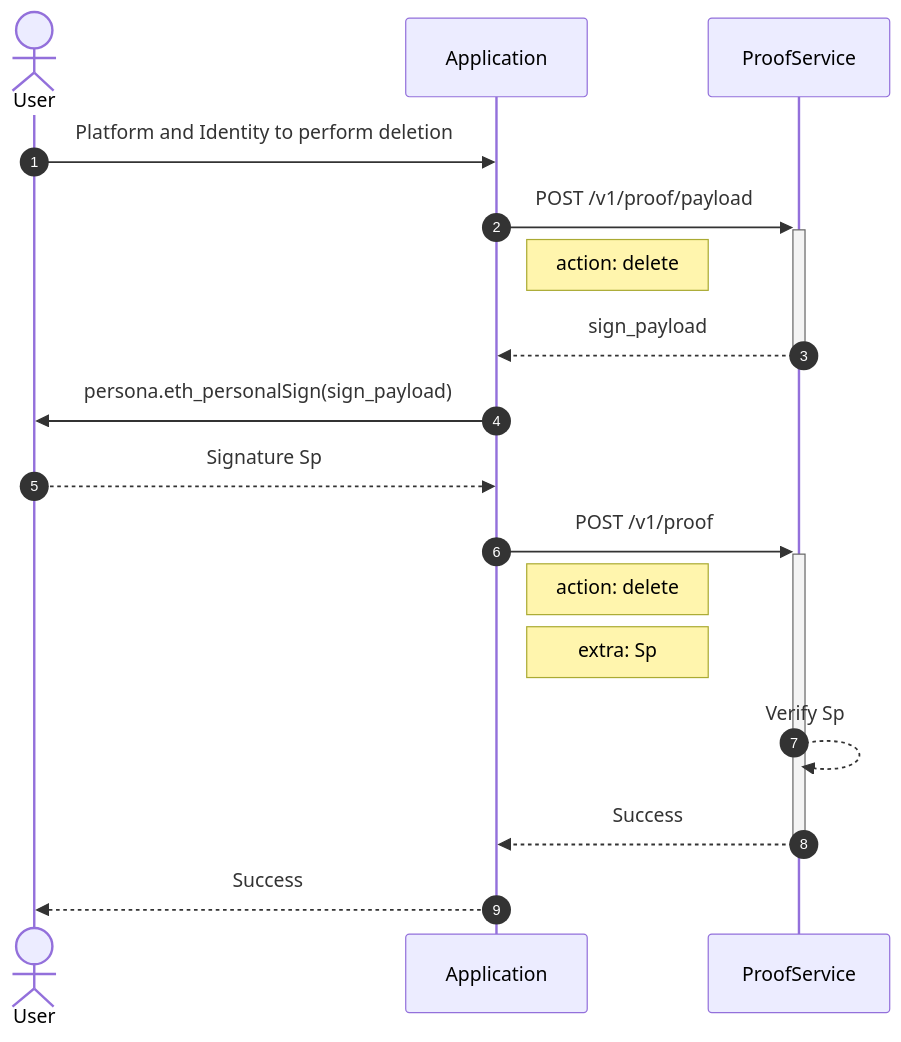
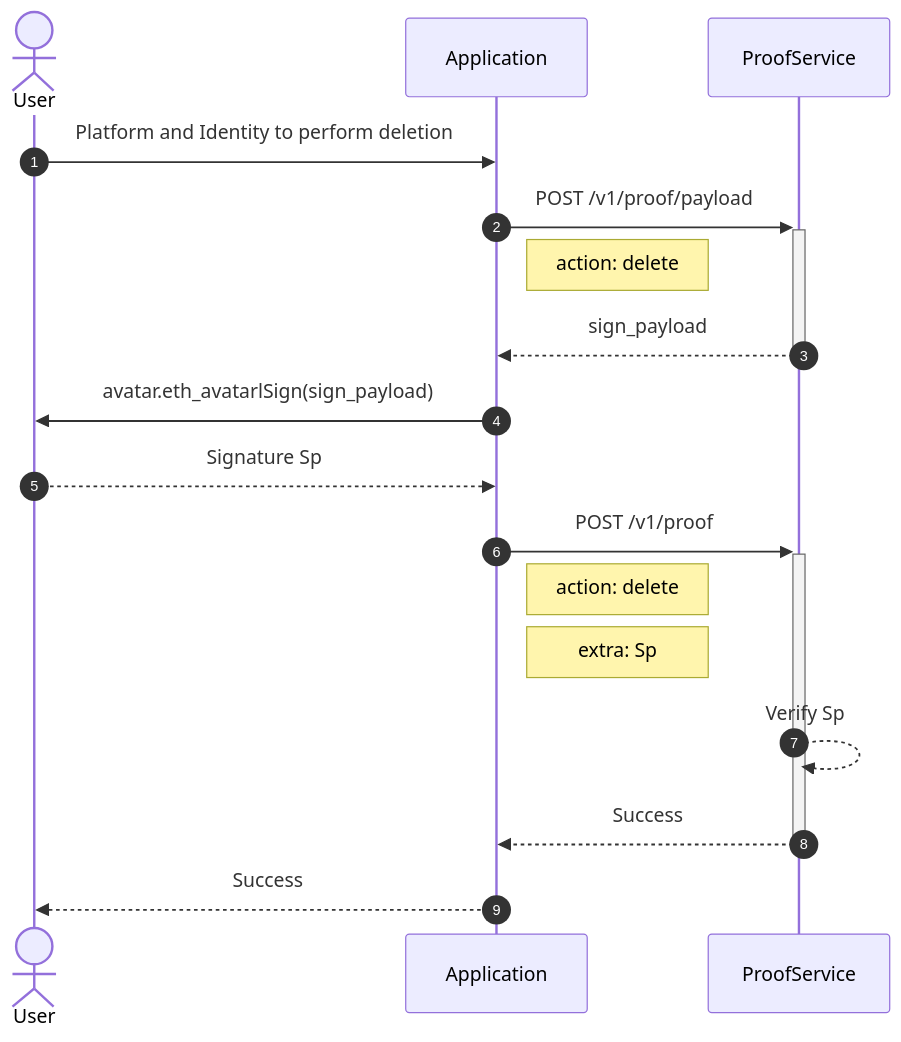
One commit to NextDotID/docs changed the third of 3 diagrams in i18n/zh-Hans/docusaurus-plugin-content-docs/current/proof-service/flow.md. Above: the diagram before and after it, drawn with Mermaid. The commit also changed other lines of this file and 23 other files, not shown here.

Commit message:
[!] Term changed: Persona -> Avatar

````diff
--- a/i18n/zh-Hans/docusaurus-plugin-content-docs/current/proof-service/flow.md
+++ b/i18n/zh-Hans/docusaurus-plugin-content-docs/current/proof-service/flow.md
@@ -91,21 +91,21 @@
 ```mermaid
 sequenceDiagram
     autonumber
     actor U as User
     participant A as Application
     participant PS as ProofService
 
     U ->> A : Platform and Identity to perform deletion
     A ->>+ PS : POST /v1/proof/payload
     note right of A: action: delete
     PS -->>- A : sign_payload
-    A ->> U : persona.eth_personalSign(sign_payload)
+    A ->> U : avatar.eth_avatarlSign(sign_payload)
     U -->> A : Signature Sp
     A ->>+ PS : POST /v1/proof
     note right of A: action: delete
     note right of A: extra: Sp
     PS -->> PS : Verify Sp
     PS -->>- A : Success
     A -->> U : Success
 
 ```
````
